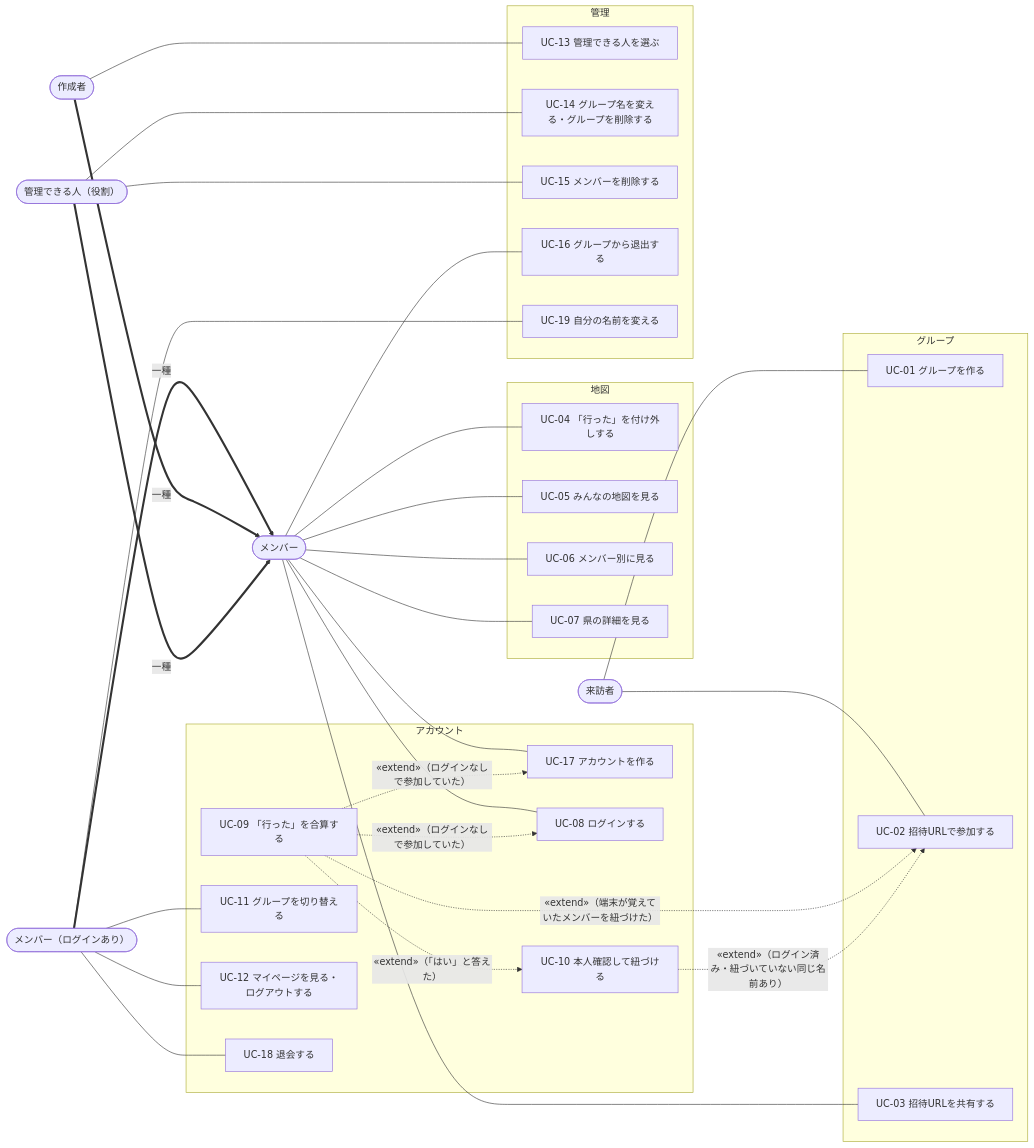
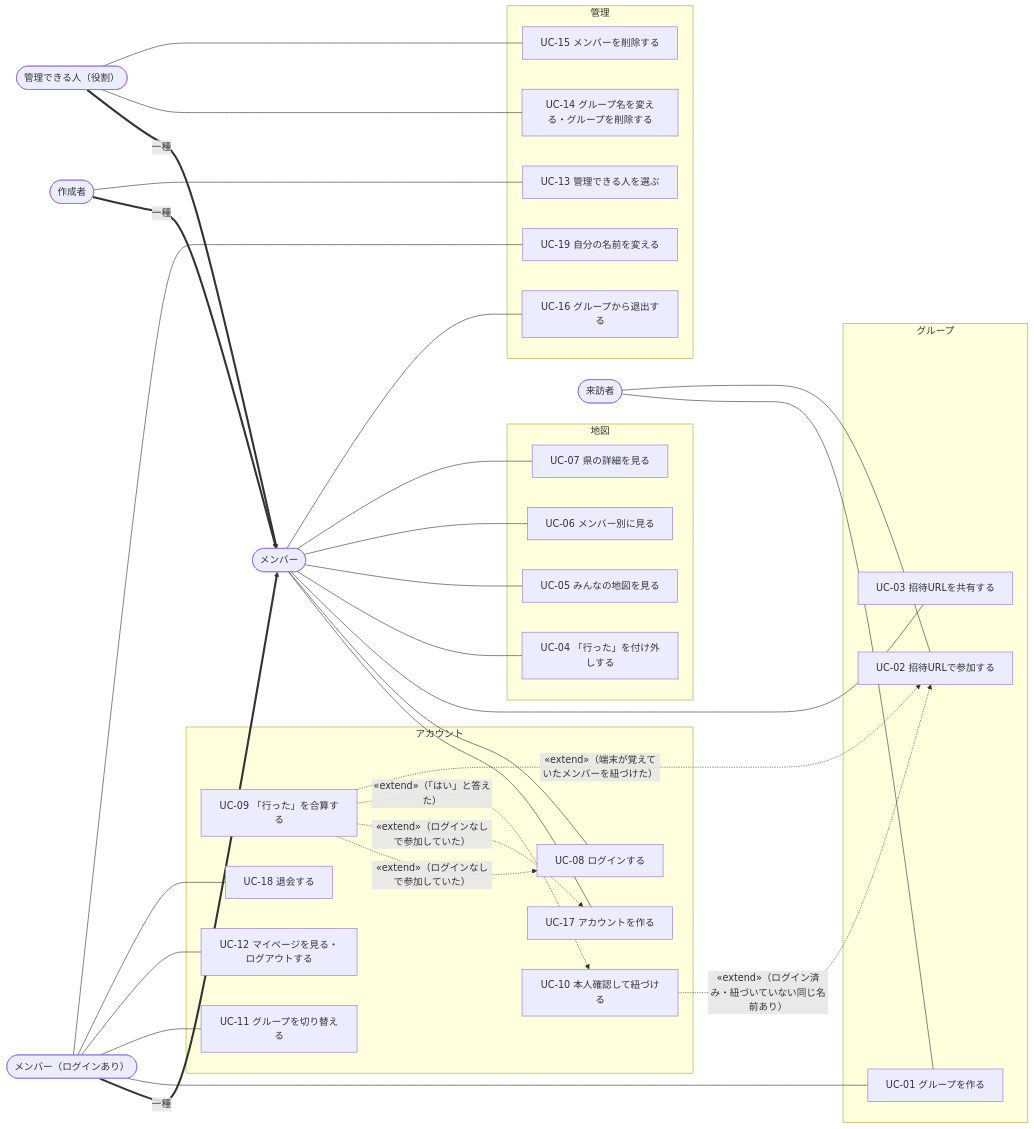
One commit to yuppy52/tabikaigi-map changed the diagram in docs/use-cases.md. Above: the diagram before and after it, drawn with Mermaid. The commit also changed other lines of this file and 6 other files, not shown here.

````diff
--- a/docs/use-cases.md
+++ b/docs/use-cases.md
@@ -21,63 +21,64 @@
 ```mermaid
 flowchart LR
   Visitor(["来訪者"])
   Member(["メンバー"])
   Login(["メンバー（ログインあり）"])
   Owner(["作成者"])
   Admin(["管理できる人（役割）"])
 
   Login == "一種" ==> Member
   Owner == "一種" ==> Member
   Admin == "一種" ==> Member
 
   subgraph G["グループ"]
     UC01["UC-01 グループを作る"]
     UC02["UC-02 招待URLで参加する"]
     UC03["UC-03 招待URLを共有する"]
   end
   subgraph M["地図"]
     UC04["UC-04 「行った」を付け外しする"]
     UC05["UC-05 みんなの地図を見る"]
     UC06["UC-06 メンバー別に見る"]
     UC07["UC-07 県の詳細を見る"]
   end
   subgraph A["アカウント"]
     UC17["UC-17 アカウントを作る"]
     UC08["UC-08 ログインする"]
     UC09["UC-09 「行った」を合算する"]
     UC10["UC-10 本人確認して紐づける"]
     UC11["UC-11 グループを切り替える"]
     UC12["UC-12 マイページを見る・ログアウトする"]
     UC18["UC-18 退会する"]
   end
   subgraph S["管理"]
     UC13["UC-13 管理できる人を選ぶ"]
     UC14["UC-14 グループ名を変える・グループを削除する"]
     UC15["UC-15 メンバーを削除する"]
     UC16["UC-16 グループから退出する"]
     UC19["UC-19 自分の名前を変える"]
   end
 
   Visitor --- UC01
+  Login --- UC01
   Visitor --- UC02
   Member --- UC03
   Member --- UC04
   Member --- UC05
   Member --- UC06
   Member --- UC07
   Member --- UC17
   Member --- UC08
   Member --- UC16
   Login --- UC11
   Login --- UC12
   Login --- UC18
   Login --- UC19
   Owner --- UC13
   Admin --- UC14
   Admin --- UC15
   UC09 -. "«extend»（ログインなしで参加していた）" .-> UC08
   UC09 -. "«extend»（ログインなしで参加していた）" .-> UC17
   UC09 -. "«extend»（「はい」と答えた）" .-> UC10
   UC09 -. "«extend»（端末が覚えていたメンバーを紐づけた）" .-> UC02
   UC10 -. "«extend»（ログイン済み・紐づいていない同じ名前あり）" .-> UC02
 ```
````
